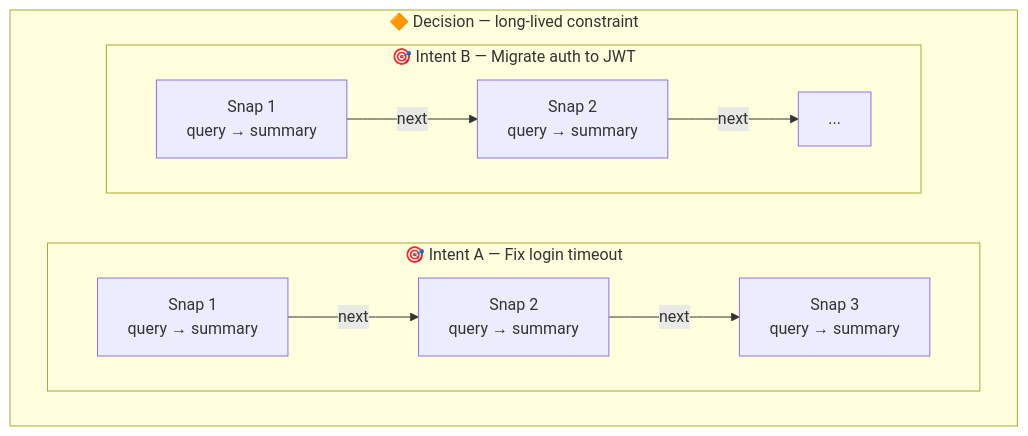
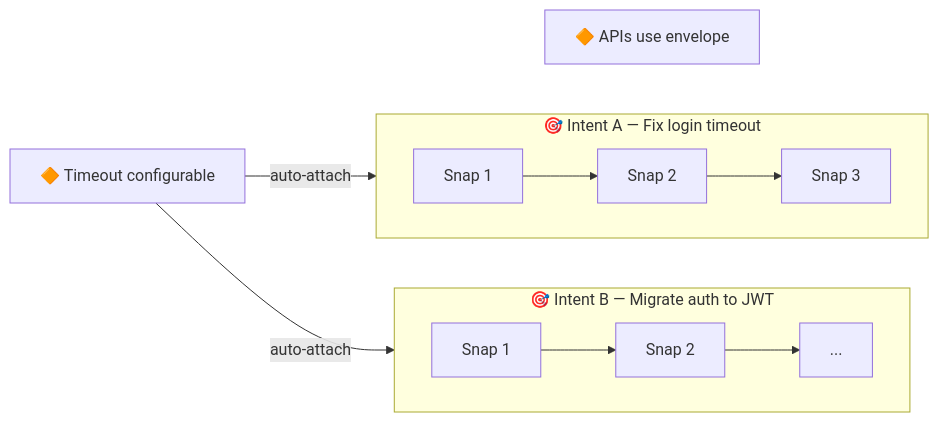
One commit to dozybot001/Intent changed the second of 2 diagrams in README.md. Above: the diagram before and after it, drawn with Mermaid. The commit also changed 1 other file, not shown here.

Commit message:
Redesign object hierarchy: Decisions left, Intents right with Snap chains
Decisions as vertical blocks on the left, D1 auto-attaches to
Intent A and B on the right. Each Intent contains a horizontal
Snap chain.

````diff
--- a/README.md
+++ b/README.md
@@ -56,13 +56,19 @@
 ```mermaid
-flowchart TB
-  subgraph Decision["🔶 Decision — long-lived constraint"]
-    subgraph IntentA["🎯 Intent A — Fix login timeout"]
-      direction LR
-      S1["Snap 1\nquery → summary"] -->|next| S2["Snap 2\nquery → summary"] -->|next| S3["Snap 3\nquery → summary"]
-    end
-    subgraph IntentB["🎯 Intent B — Migrate auth to JWT"]
-      direction LR
-      S4["Snap 1\nquery → summary"] -->|next| S5["Snap 2\nquery → summary"] -->|next| S6["..."]
-    end
+flowchart LR
+  D1["🔶 Timeout configurable"]
+  D2["🔶 APIs use envelope"]
+  D1 ~~~ D2
+
+  subgraph IntentA["🎯 Intent A — Fix login timeout"]
+    direction LR
+    S1["Snap 1"] --> S2["Snap 2"] --> S3["Snap 3"]
   end
+
+  subgraph IntentB["🎯 Intent B — Migrate auth to JWT"]
+    direction LR
+    S4["Snap 1"] --> S5["Snap 2"] --> S6["..."]
+  end
+
+  D1 -- auto-attach --> IntentA
+  D1 -- auto-attach --> IntentB
 ```
````
